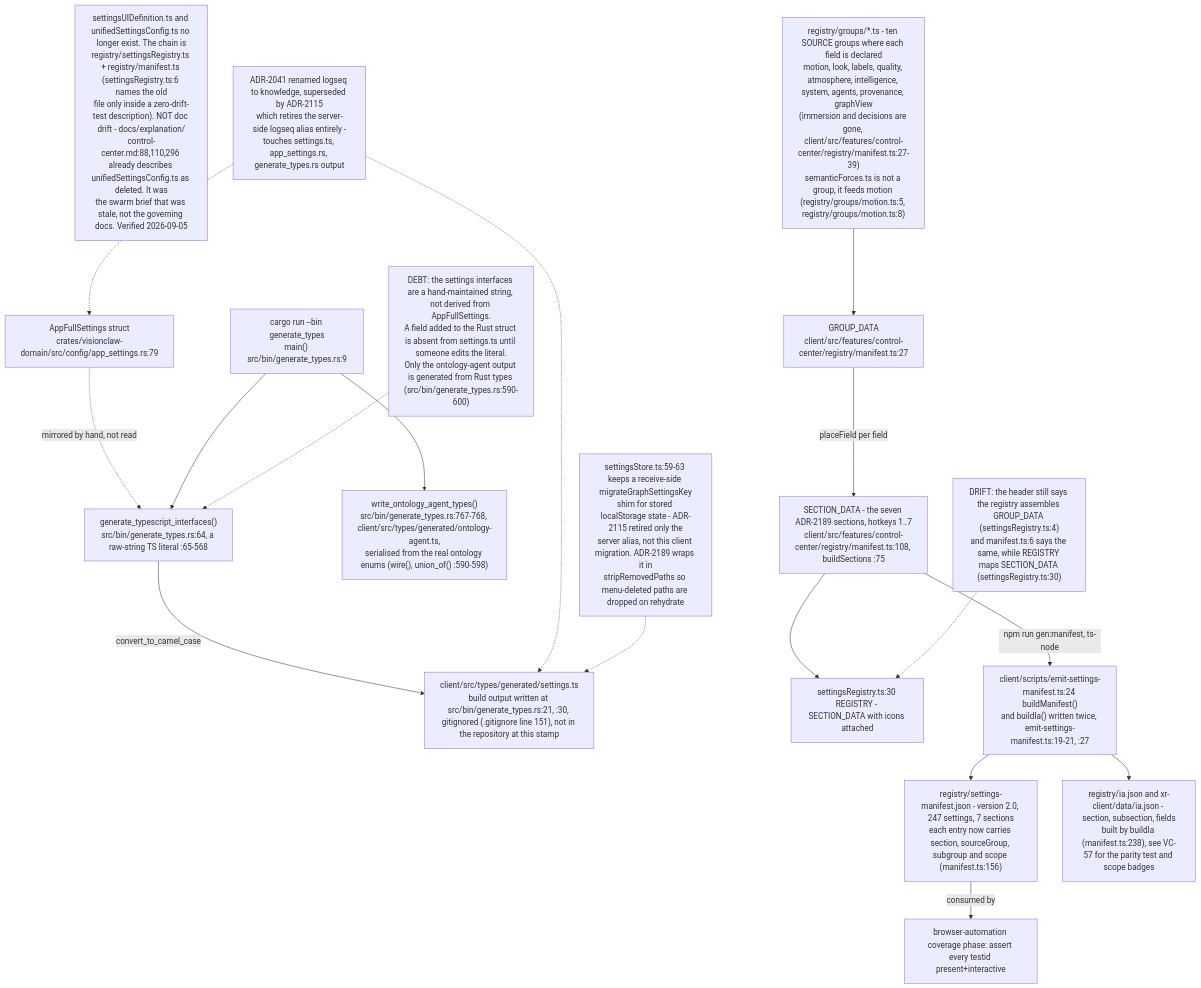
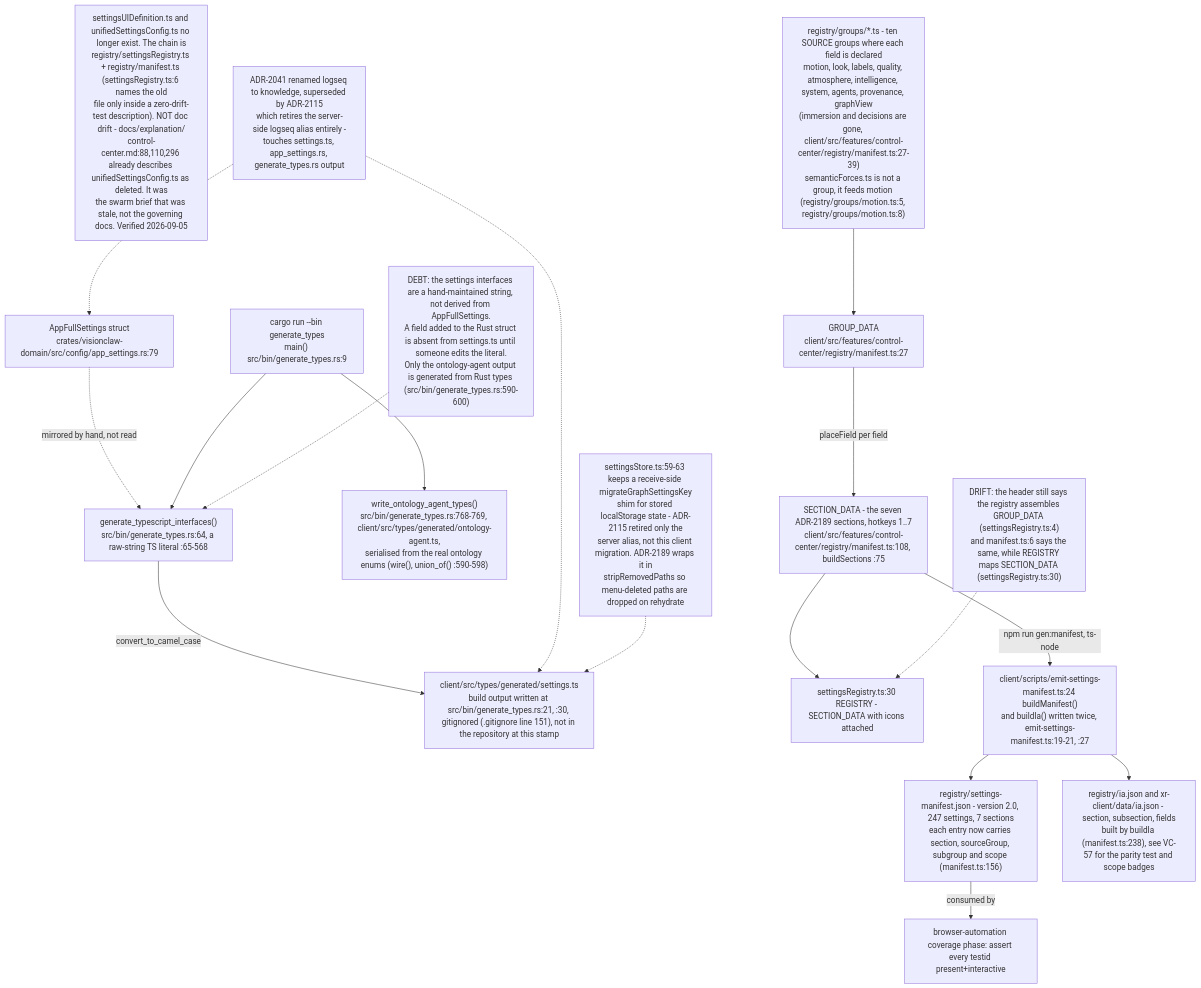
One commit to DreamLab-AI/VisionFlow changed the second of 20 diagrams in docs/diagrams/visionclaw/34-client-features.md. Above: the diagram before and after it, drawn with Mermaid. The commit also changed other lines of this file and 154 other files, not shown here.

First line of the commit message:
docs(diagrams): re-stamp 154 topics whose every citation still reads the same text at the current heads

````diff
--- a/docs/diagrams/visionclaw/34-client-features.md
+++ b/docs/diagrams/visionclaw/34-client-features.md
@@ -197,20 +197,20 @@
 ```mermaid
 flowchart TD
     RustStruct["AppFullSettings struct<br/>crates/visionclaw-domain/src/config/app_settings.rs:79"] -.->|mirrored by hand, not read| Gen["generate_typescript_interfaces()<br/>src/bin/generate_types.rs:64, a raw-string TS literal :65-568"]
     Bin["cargo run --bin generate_types<br/>main() src/bin/generate_types.rs:9"] --> Gen
-    Bin --> OntGen["write_ontology_agent_types()<br/>src/bin/generate_types.rs:767-768, client/src/types/generated/ontology-agent.ts,<br/>serialised from the real ontology enums (wire(), union_of() :590-598)"]
+    Bin --> OntGen["write_ontology_agent_types()<br/>src/bin/generate_types.rs:768-769, client/src/types/generated/ontology-agent.ts,<br/>serialised from the real ontology enums (wire(), union_of() :590-598)"]
     Debt1["DEBT: the settings interfaces are a hand-maintained string, not derived from AppFullSettings.<br/>A field added to the Rust struct is absent from settings.ts until someone edits the literal.<br/>Only the ontology-agent output is generated from Rust types (src/bin/generate_types.rs:590-600)"] -.-> Gen
     Gen -->|convert_to_camel_case| Out["client/src/types/generated/settings.ts<br/>build output written at src/bin/generate_types.rs:21, :30, gitignored (.gitignore line 151), not in the repository at this stamp"]
     Note1["settingsUIDefinition.ts and unifiedSettingsConfig.ts no longer exist. The chain is<br/>registry/settingsRegistry.ts + registry/manifest.ts (settingsRegistry.ts:6 names the old<br/>file only inside a zero-drift-test description). NOT doc drift - docs/explanation/<br/>control-center.md:88,110,296 already describes unifiedSettingsConfig.ts as deleted. It was<br/>the swarm brief that was stale, not the governing docs. Verified 2026-09-05"]
     Groups["registry/groups/*.ts - ten SOURCE groups where each field is declared<br/>motion, look, labels, quality, atmosphere, intelligence, system, agents, provenance, graphView<br/>(immersion and decisions are gone, client/src/features/control-center/registry/manifest.ts:27-39)<br/>semanticForces.ts is not a group, it feeds motion (registry/groups/motion.ts:5, registry/groups/motion.ts:8)"] --> ManifestTs["GROUP_DATA<br/>client/src/features/control-center/registry/manifest.ts:27"]
     ManifestTs -->|placeField per field| Sections["SECTION_DATA - the seven ADR-2189 sections, hotkeys 1..7<br/>client/src/features/control-center/registry/manifest.ts:108, buildSections :75"]
     Sections --> Registry["settingsRegistry.ts:30 REGISTRY - SECTION_DATA with icons attached"]
     DriftReg["DRIFT: the header still says the registry assembles GROUP_DATA (settingsRegistry.ts:4)<br/>and manifest.ts:6 says the same, while REGISTRY maps SECTION_DATA (settingsRegistry.ts:30)"] -.-> Registry
     Sections -->|npm run gen:manifest, ts-node| Emit["client/scripts/emit-settings-manifest.ts:24 buildManifest()<br/>and buildIa() written twice, emit-settings-manifest.ts:19-21, :27"]
     Emit --> ManifestJson["registry/settings-manifest.json - version 2.0, 247 settings, 7 sections<br/>each entry now carries section, sourceGroup, subgroup and scope (manifest.ts:156)"]
     Emit --> Ia["registry/ia.json and xr-client/data/ia.json - section, subsection, fields<br/>built by buildIa (manifest.ts:238), see VC-57 for the parity test and scope badges"]
     ManifestJson -->|consumed by| QA["browser-automation coverage phase: assert every testid present+interactive"]
     ADR["ADR-2041 renamed logseq to knowledge, superseded by ADR-2115<br/>which retires the server-side logseq alias entirely -<br/>touches settings.ts, app_settings.rs, generate_types.rs output"] -.-> RustStruct
     ADR -.-> Out
     Note2["settingsStore.ts:59-63 keeps a receive-side migrateGraphSettingsKey<br/>shim for stored localStorage state - ADR-2115 retired only the<br/>server alias, not this client migration. ADR-2189 wraps it in<br/>stripRemovedPaths so menu-deleted paths are dropped on rehydrate"] -.-> Out
 ```
````
